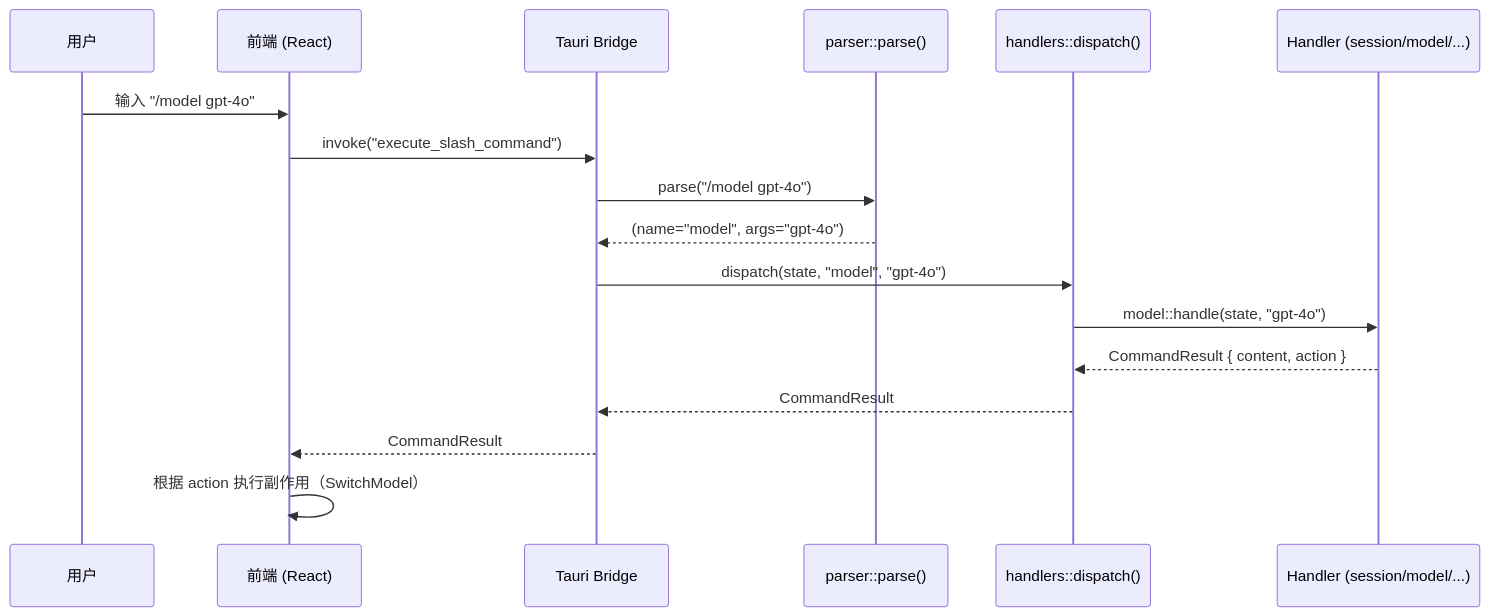
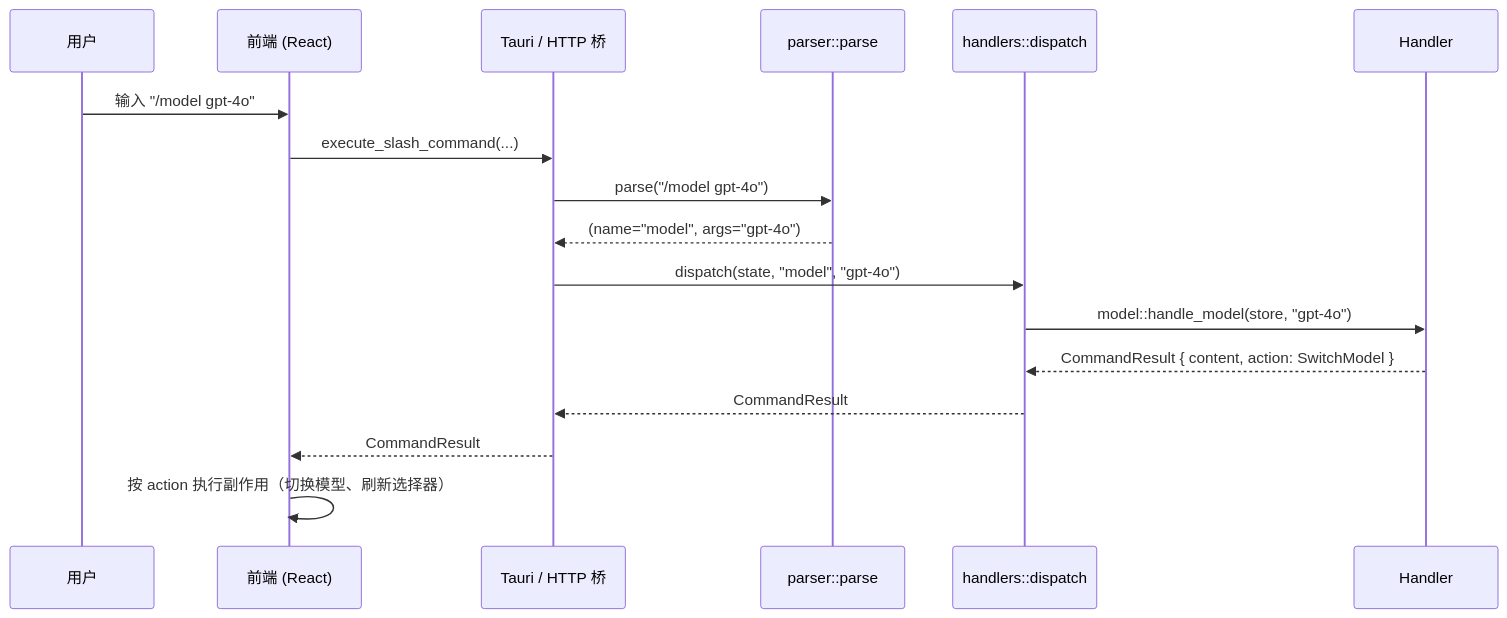
One commit to shiwenwen/hope-agent changed the second of 4 diagrams in docs/architecture/slash-commands.md. Above: the diagram before and after it, drawn with Mermaid. The commit also changed other lines of this file and 11 other files, not shown here.

````diff
--- a/docs/architecture/slash-commands.md
+++ b/docs/architecture/slash-commands.md
@@ -64,20 +77,20 @@
 ```mermaid
 sequenceDiagram
     participant U as 用户
     participant F as 前端 (React)
-    participant T as Tauri Bridge
-    participant P as parser::parse()
-    participant D as handlers::dispatch()
-    participant H as Handler (session/model/...)
+    participant T as Tauri / HTTP 桥
+    participant P as parser::parse
+    participant D as handlers::dispatch
+    participant H as Handler
 
     U->>F: 输入 "/model gpt-4o"
-    F->>T: invoke("execute_slash_command")
+    F->>T: execute_slash_command(...)
     T->>P: parse("/model gpt-4o")
     P-->>T: (name="model", args="gpt-4o")
     T->>D: dispatch(state, "model", "gpt-4o")
-    D->>H: model::handle(state, "gpt-4o")
-    H-->>D: CommandResult { content, action }
+    D->>H: model::handle_model(store, "gpt-4o")
+    H-->>D: CommandResult { content, action: SwitchModel }
     D-->>T: CommandResult
     T-->>F: CommandResult
-    F->>F: 根据 action 执行副作用（SwitchModel）
+    F->>F: 按 action 执行副作用（切换模型、刷新选择器）
 ```
````
